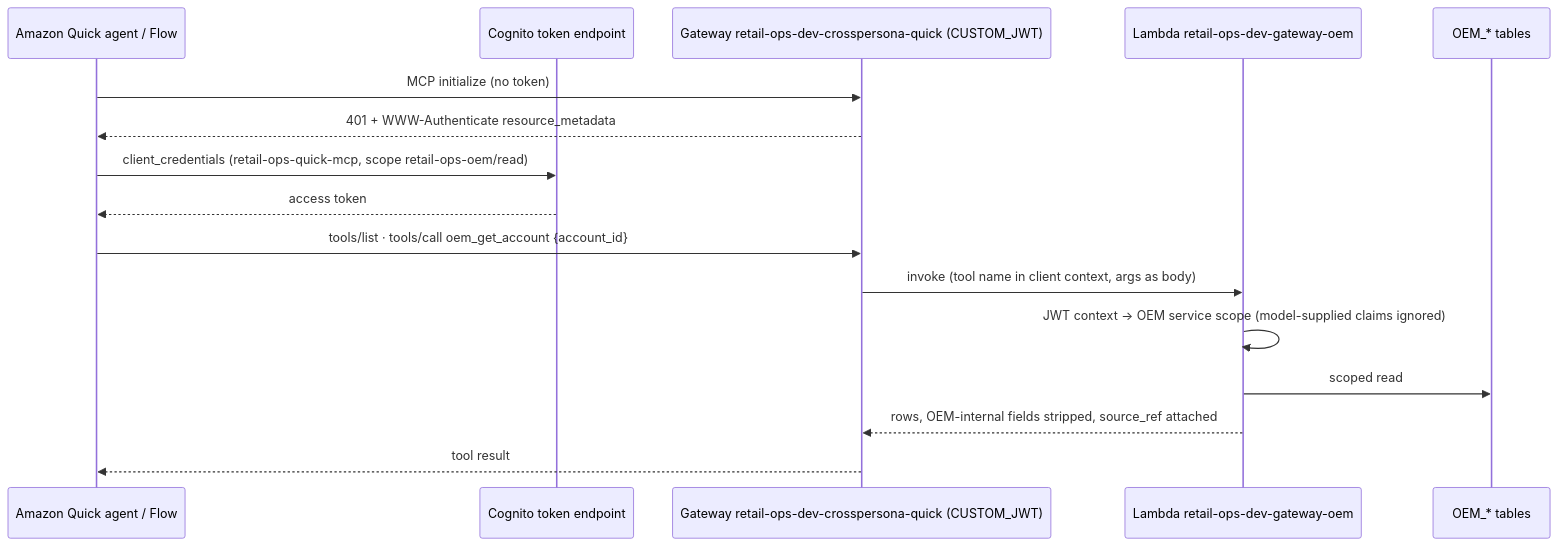
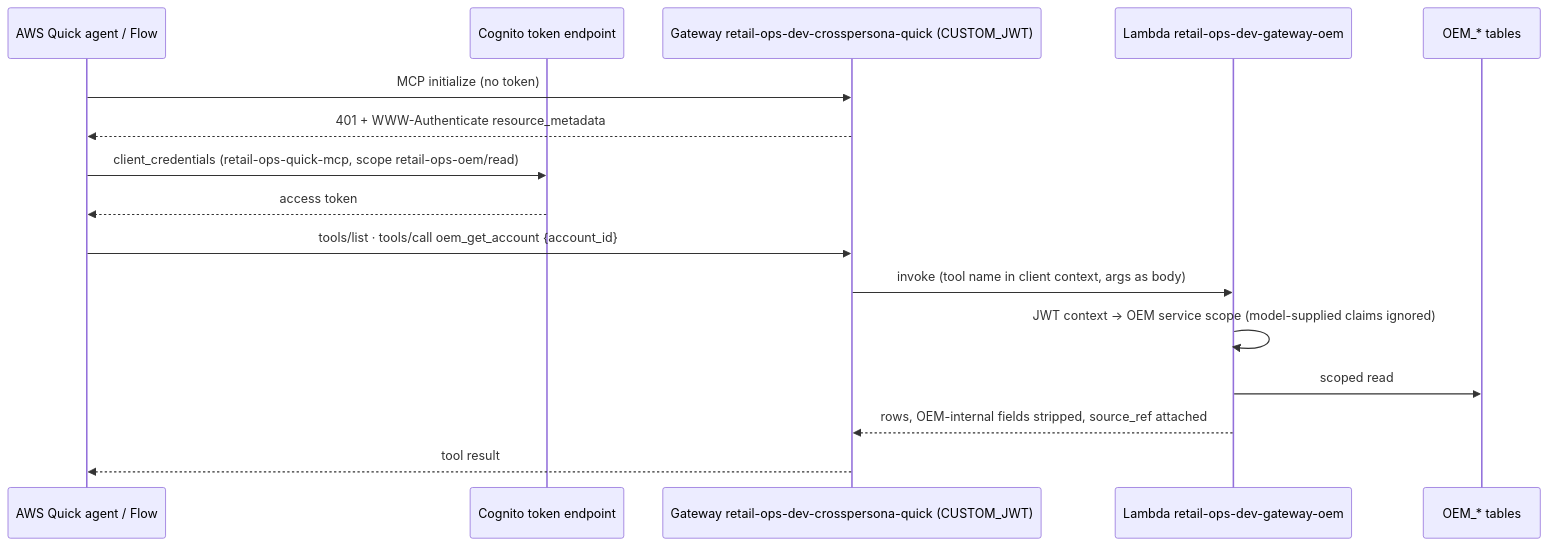
One commit to aws-solutions-library-samples/guidance-for-automotive-retail-operations-using-agentic-ai-on-aws changed the tenth of 10 diagrams in docs/as-built/agent-flows.md. Above: the diagram before and after it, drawn with Mermaid. The commit also changed other lines of this file and 80 other files, not shown here.

First line of the commit message:
Rename Amazon Quick to AWS Quick; use fictional brands in reference text

````diff
--- a/docs/as-built/agent-flows.md
+++ b/docs/as-built/agent-flows.md
@@ -581,19 +581,19 @@
 ```mermaid
 sequenceDiagram
-  participant Q as Amazon Quick agent / Flow
+  participant Q as AWS Quick agent / Flow
   participant COG as Cognito token endpoint
   participant GW as Gateway retail-ops-dev-crosspersona-quick (CUSTOM_JWT)
   participant L as Lambda retail-ops-dev-gateway-oem
   participant D as OEM_* tables
 
   Q->>GW: MCP initialize (no token)
   GW-->>Q: 401 + WWW-Authenticate resource_metadata
   Q->>COG: client_credentials (retail-ops-quick-mcp, scope retail-ops-oem/read)
   COG-->>Q: access token
   Q->>GW: tools/list · tools/call oem_get_account {account_id}
   GW->>L: invoke (tool name in client context, args as body)
   L->>L: JWT context → OEM service scope (model-supplied claims ignored)
   L->>D: scoped read
   L-->>GW: rows, OEM-internal fields stripped, source_ref attached
   GW-->>Q: tool result
 ```
````
